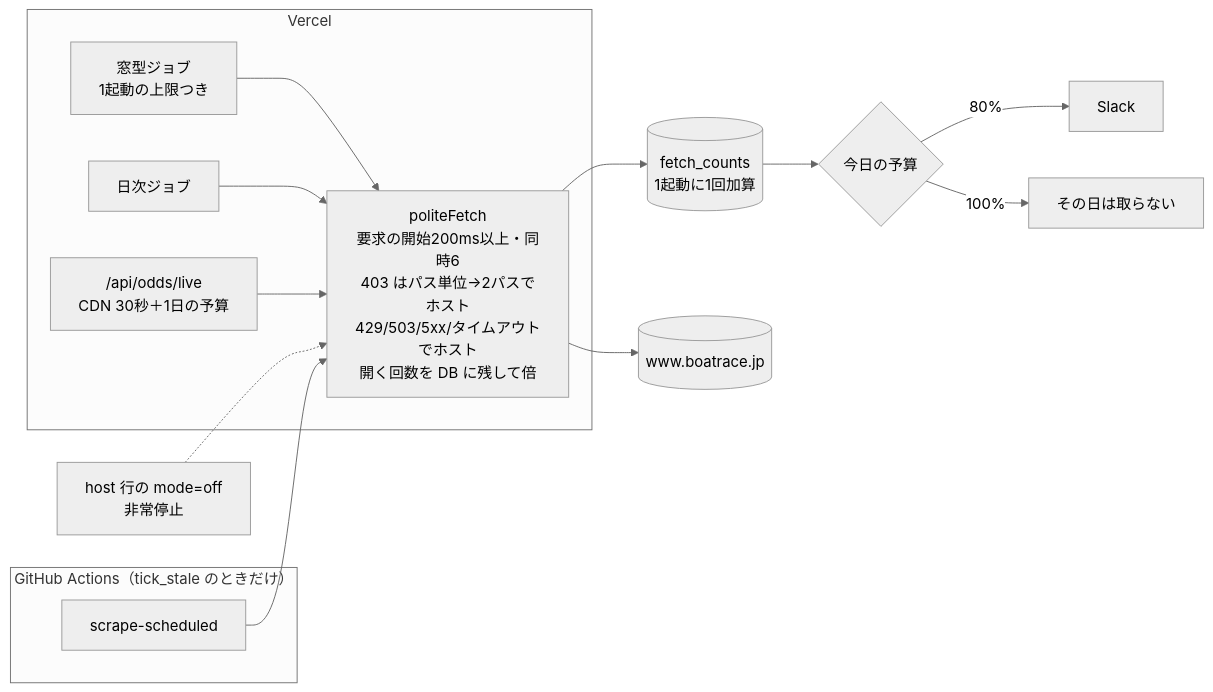
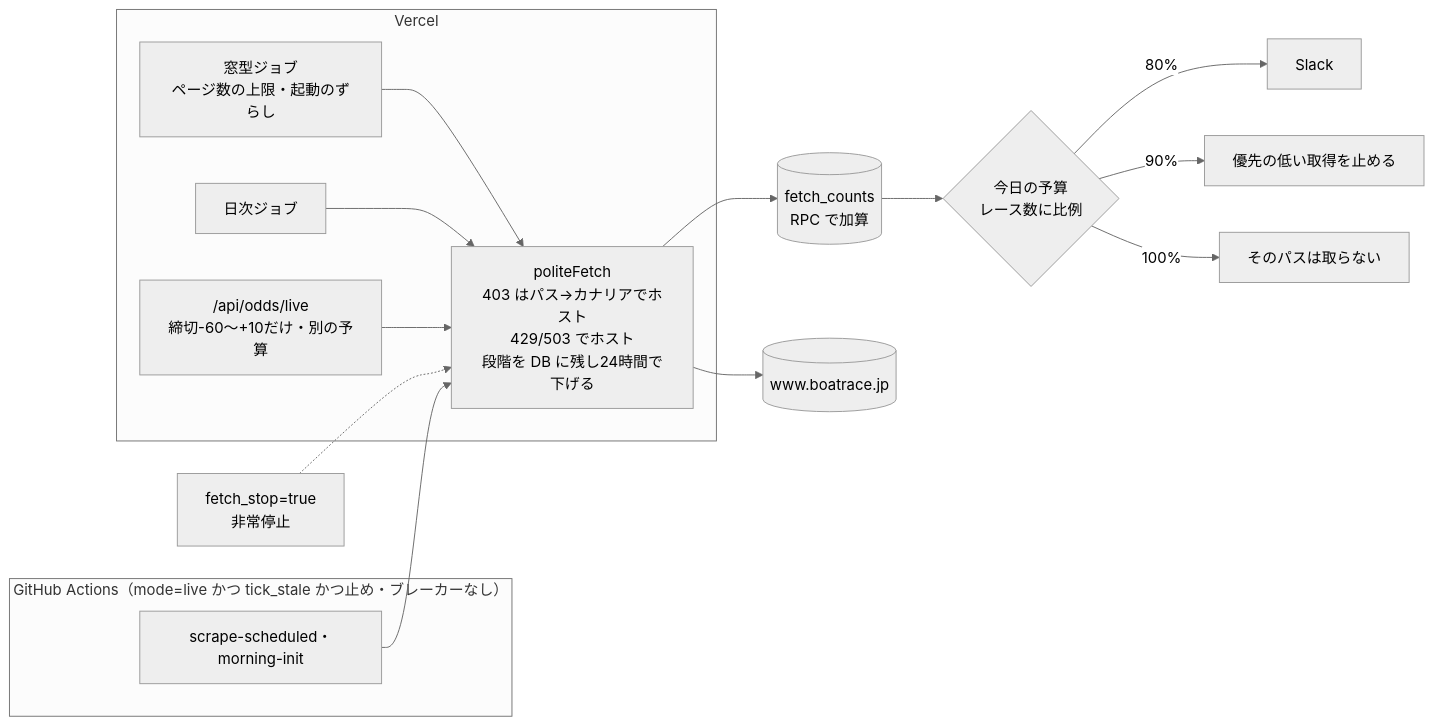
The third of 3 diagrams in docs/design/scraping-load-budget/spec.md (rhapsody0919/boatrace-ai-predictor), drawn with Mermaid (neutral theme) before and after one commit. The commit also changed other lines of this file and 5 other files, not shown here.

````diff
--- a/docs/design/scraping-load-budget/spec.md
+++ b/docs/design/scraping-load-budget/spec.md
@@ -316,17 +357,18 @@
 ```mermaid
 flowchart LR
   subgraph Vercel["Vercel"]
-    W[窓型ジョブ<br/>1起動の上限つき] --> PF
+    W[窓型ジョブ<br/>ページ数の上限・起動のずらし] --> PF
     D[日次ジョブ] --> PF
-    L["/api/odds/live<br/>CDN 30秒＋1日の予算"] --> PF
+    L["/api/odds/live<br/>締切-60〜+10だけ・別の予算"] --> PF
   end
-  subgraph GHA["GitHub Actions（tick_stale のときだけ）"]
-    S[scrape-scheduled] --> PF
+  subgraph GHA["GitHub Actions（mode=live かつ tick_stale かつ止め・ブレーカーなし）"]
+    S[scrape-scheduled・morning-init] --> PF
   end
-  PF[politeFetch<br/>要求の開始200ms以上・同時6<br/>403 はパス単位→2パスでホスト<br/>429/503/5xx/タイムアウトでホスト<br/>開く回数を DB に残して倍] --> C[(fetch_counts<br/>1起動に1回加算)]
-  C --> G{今日の予算}
+  PF[politeFetch<br/>403 はパス→カナリアでホスト<br/>429/503 でホスト<br/>段階を DB に残し24時間で下げる] --> C[(fetch_counts<br/>RPC で加算)]
+  C --> G{今日の予算<br/>レース数に比例}
   G -->|80%| N[Slack]
-  G -->|100%| Stop[その日は取らない]
+  G -->|90%| P[優先の低い取得を止める]
+  G -->|100%| Stop[そのパスは取らない]
   PF --> B[(www.boatrace.jp)]
-  K[host 行の mode=off<br/>非常停止] -.-> PF
+  K[fetch_stop=true<br/>非常停止] -.-> PF
 ```
````
